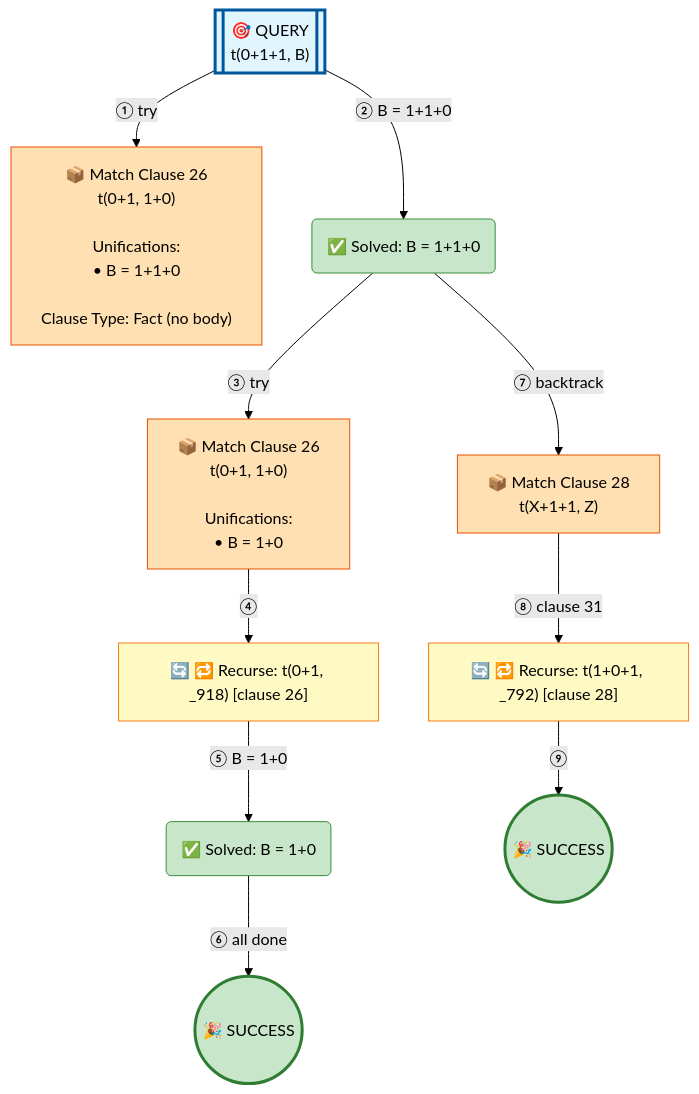
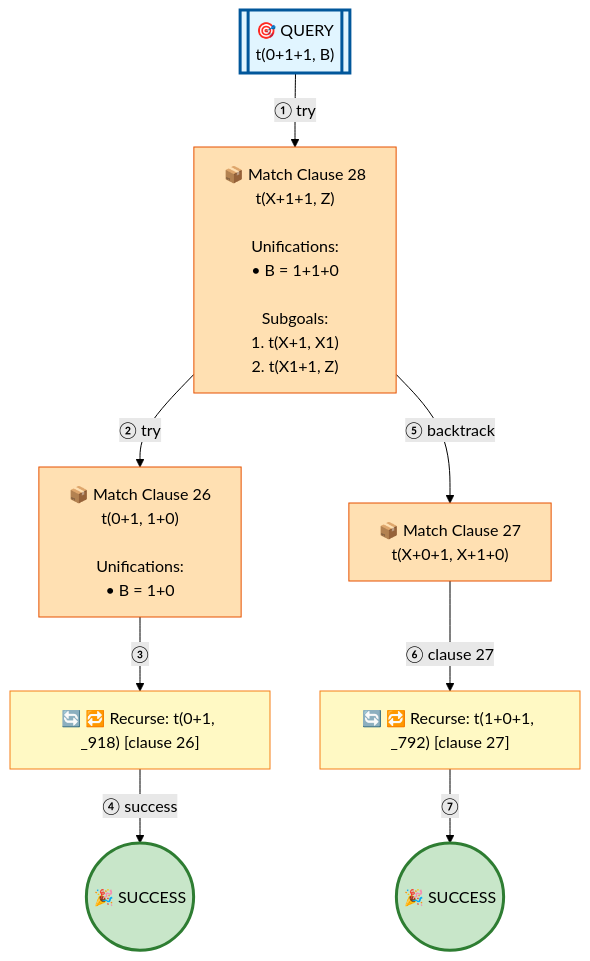
Before and after one commit to jarecsni/prolog-trace-viz: the diagram in examples/3_3_operators-full.md, drawn with Mermaid (forest theme). The commit also changed other lines of this file and 24 other files, not shown here.

````diff
--- a/examples/3_3_operators-full.md
+++ b/examples/3_3_operators-full.md
@@ -19,38 +19,32 @@
 ```mermaid
 graph TD
 
 %% Nodes
 A[["🎯 QUERY<br/>t(0+1+1, B)"]]
-B["📦 Match Clause 26<br/>t(0+1, 1+0)<br/><br/>Unifications:<br/>• B = 1+1+0<br/><br/>Clause Type: Fact (no body)"]
-C("✅ Solved: B = 1+1+0")
-D["🔄 🔁 Recurse: t(0+1, _918) [clause 26]"]
-E["📦 Match Clause 26<br/>t(0+1, 1+0)<br/><br/>Unifications:<br/>• B = 1+0"]
-F("✅ Solved: B = 1+0")
-G(("🎉 SUCCESS"))
-H["📦 Match Clause 28<br/>t(X+1+1, Z)"]
-I["🔄 🔁 Recurse: t(1+0+1, _792) [clause 28]"]
-J(("🎉 SUCCESS"))
+B["📦 Match Clause 28<br/>t(X+1+1, Z)<br/><br/>Unifications:<br/>• B = 1+1+0<br/><br/>Subgoals:<br/>1. t(X+1, X1)<br/>2. t(X1+1, Z)"]
+C["🔄 🔁 Recurse: t(0+1, _918) [clause 26]"]
+D["📦 Match Clause 26<br/>t(0+1, 1+0)<br/><br/>Unifications:<br/>• B = 1+0"]
+E(("🎉 SUCCESS"))
+F["📦 Match Clause 27<br/>t(X+0+1, X+1+0)"]
+G["🔄 🔁 Recurse: t(1+0+1, _792) [clause 27]"]
+H(("🎉 SUCCESS"))
 
 %% Edges
 A -->|"① try"| B
-A -->|"② B = 1+1+0"| C
-C -->|"③ try"| E
-E -->|"④"| D
-D -->|"⑤ B = 1+0"| F
-F -->|"⑥ all done"| G
-C -->|"⑦ backtrack"| H
-H -->|"⑧ clause 31"| I
-I -->|"⑨"| J
+B -->|"② try"| D
+D -->|"③"| C
+C -->|"④ success"| E
+B -->|"⑤ backtrack"| F
+F -->|"⑥ clause 27"| G
+G -->|"⑦"| H
 
 %% Styles
 style A fill:#e1f5ff,stroke:#01579b,stroke-width:3px
 style B fill:#ffe0b2,stroke:#e65100
-style C fill:#c8e6c9,stroke:#388e3c
-style D fill:#fff9c4,stroke:#f57f17
-style E fill:#ffe0b2,stroke:#e65100
-style F fill:#c8e6c9,stroke:#388e3c
-style G fill:#c8e6c9,stroke:#2e7d32,stroke-width:3px
-style H fill:#ffe0b2,stroke:#e65100
-style I fill:#fff9c4,stroke:#f57f17
-style J fill:#c8e6c9,stroke:#2e7d32,stroke-width:3px
+style C fill:#fff9c4,stroke:#f57f17
+style D fill:#ffe0b2,stroke:#e65100
+style E fill:#c8e6c9,stroke:#2e7d32,stroke-width:3px
+style F fill:#ffe0b2,stroke:#e65100
+style G fill:#fff9c4,stroke:#f57f17
+style H fill:#c8e6c9,stroke:#2e7d32,stroke-width:3px
 ```
````
